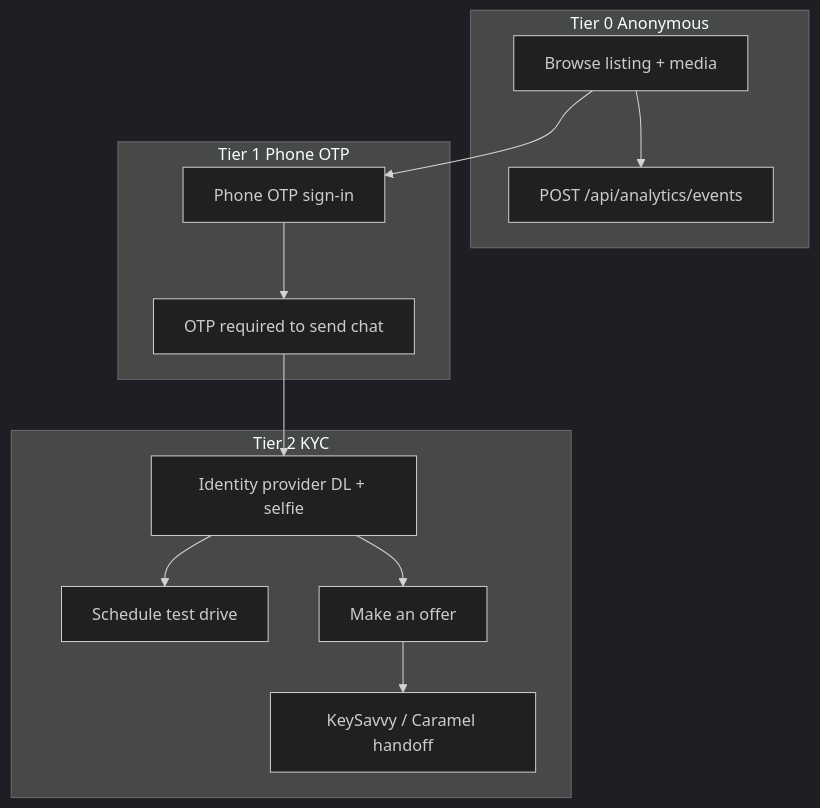
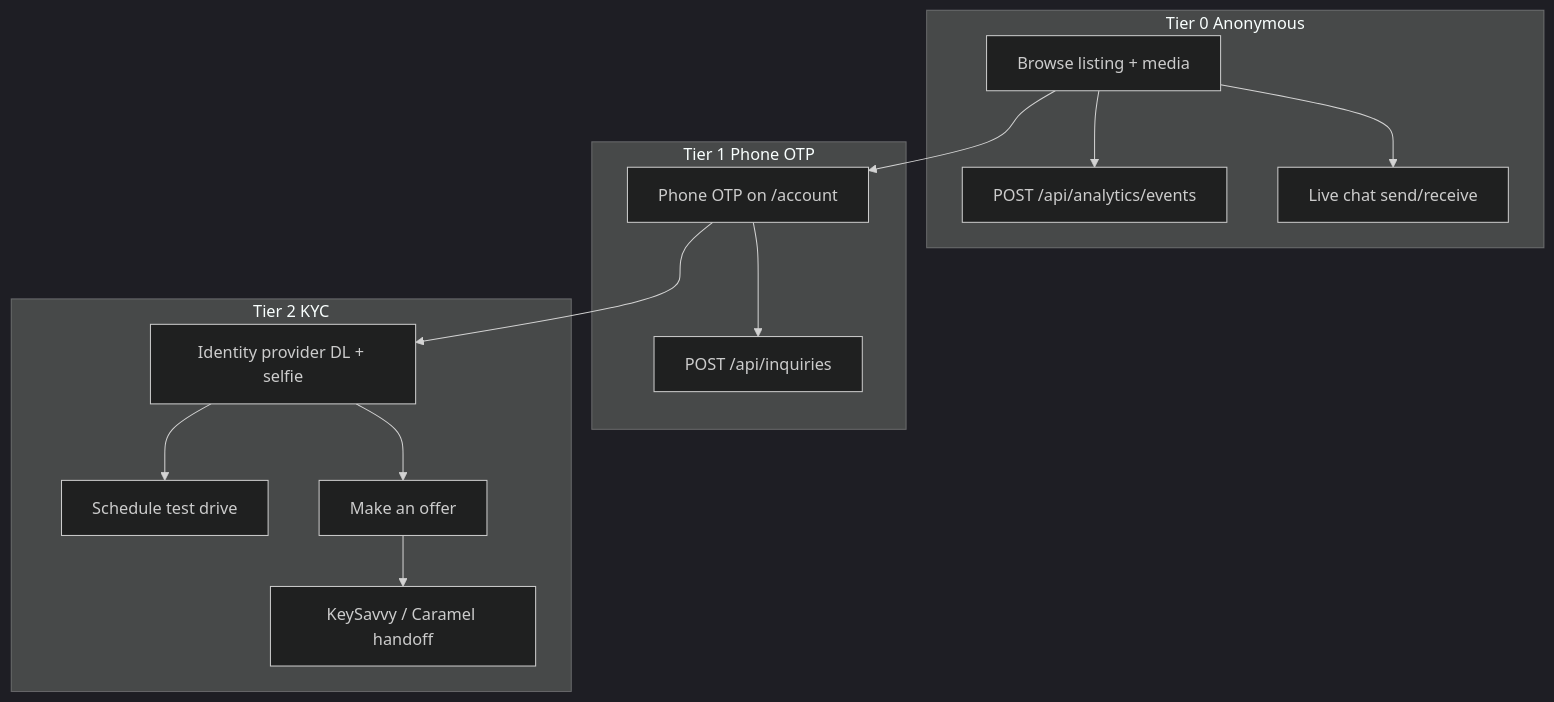
One commit to jlfassio-vibecoder/sellbyownerlocal changed the second of 3 diagrams in VERIFICATION_ROADMAP.md. Above: the diagram before and after it, drawn with Mermaid (dark theme). The commit also changed other lines of this file and 21 other files, not shown here.

````diff
--- a/VERIFICATION_ROADMAP.md
+++ b/VERIFICATION_ROADMAP.md
@@ -99,27 +111,29 @@
 ```mermaid
 flowchart TB
   subgraph tier0 [Tier 0 Anonymous]
     Browse[Browse listing + media]
     Telemetry[POST /api/analytics/events]
+    ChatAnon[Live chat send/receive]
   end
 
   subgraph tier1 [Tier 1 Phone OTP]
-    OTP[Phone OTP sign-in]
-    ChatGated[OTP required to send chat]
+    OTP[Phone OTP on /account]
+    InquiriesGated[POST /api/inquiries]
   end
 
   subgraph tier2 [Tier 2 KYC]
     KYC[Identity provider DL + selfie]
     TestDrive[Schedule test drive]
     Offer[Make an offer]
     Escrow[KeySavvy / Caramel handoff]
   end
 
   Browse --> Telemetry
+  Browse --> ChatAnon
   Browse --> OTP
-  OTP --> ChatGated
-  ChatGated --> KYC
+  OTP --> InquiriesGated
+  OTP --> KYC
   KYC --> TestDrive
   KYC --> Offer
   Offer --> Escrow
 ```
````
